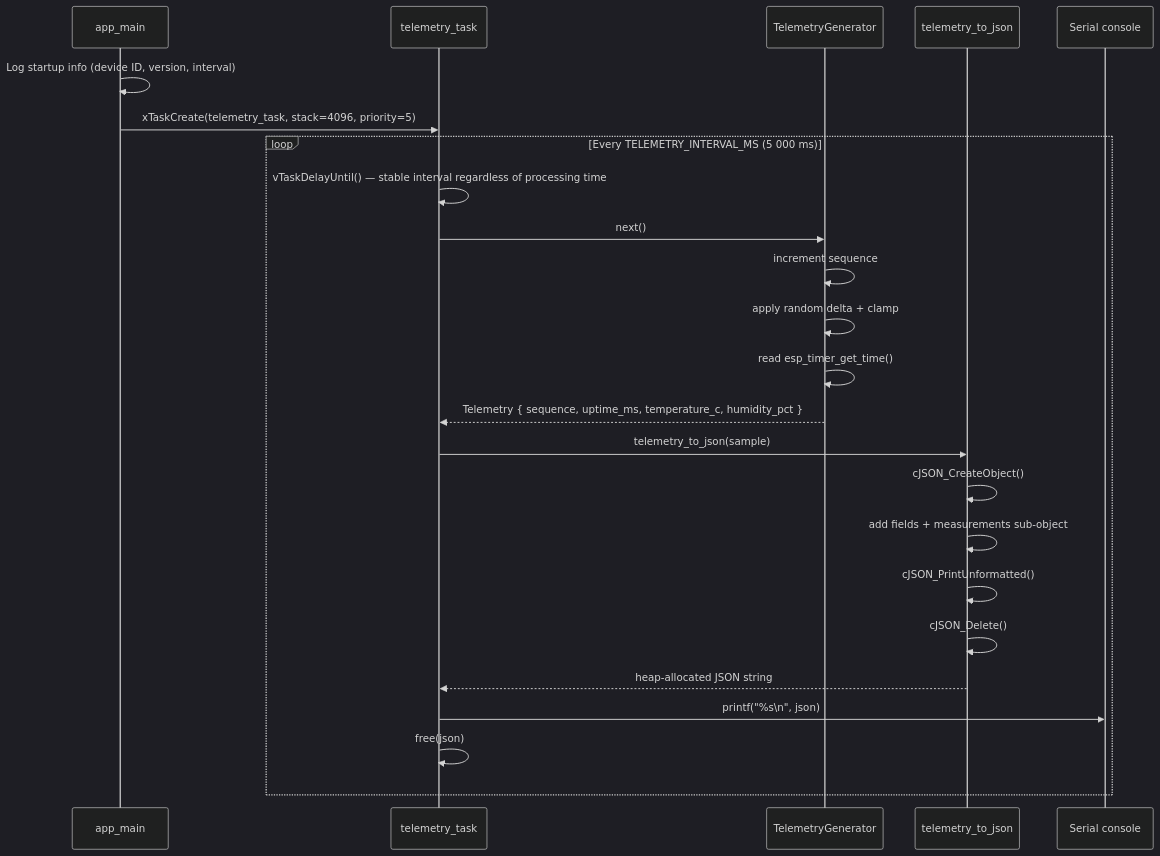
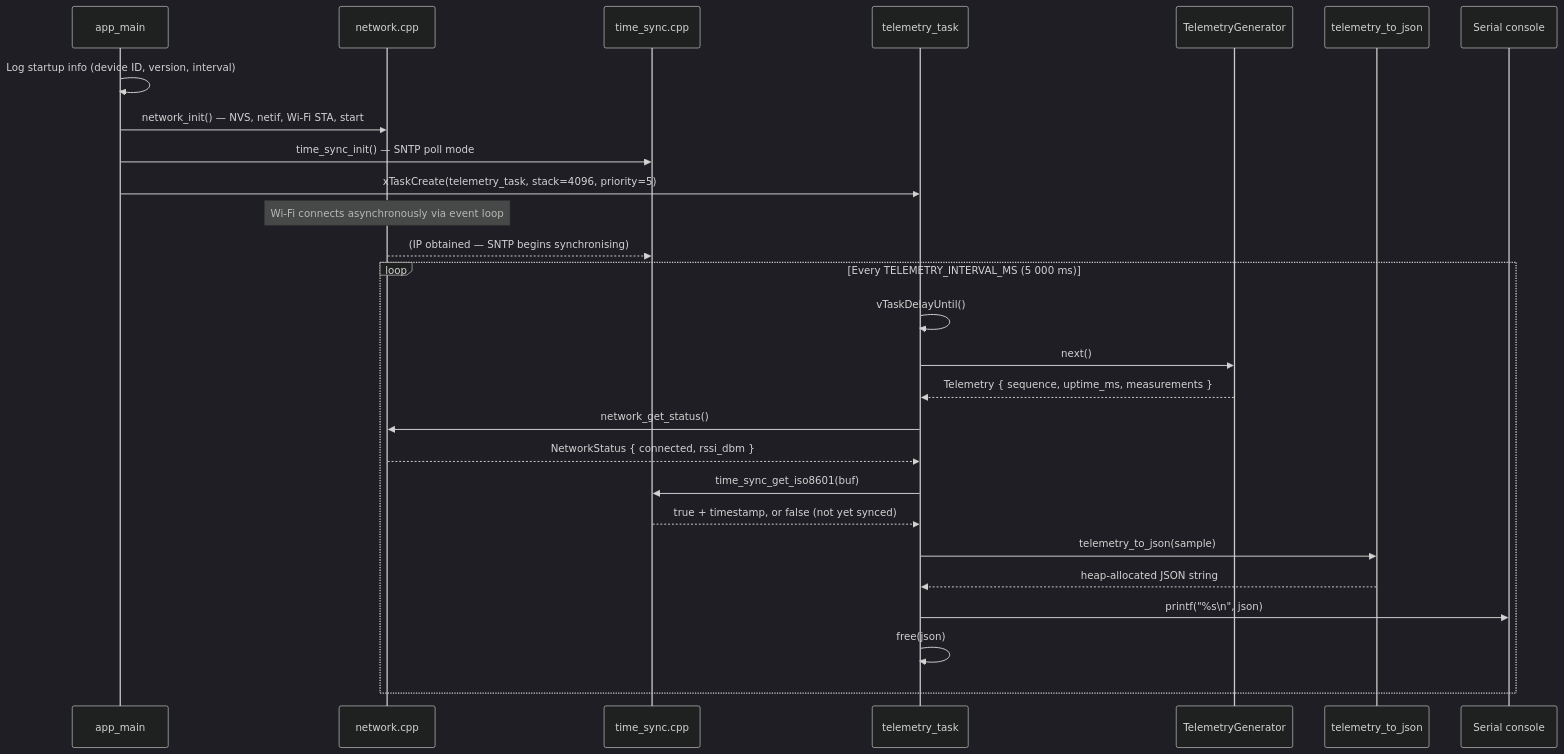
Before and after one commit to IoTEdgeConnect/firmware: the second of 4 diagrams in docs/architecture.md, drawn with Mermaid (dark theme). The commit also changed other lines of this file and 1 other file, not shown here.

Commit message:
docs: update architecture and roadmap for Phase 2 completion

````diff
--- a/docs/architecture.md
+++ b/docs/architecture.md
@@ -112,28 +136,32 @@
 ```mermaid
 sequenceDiagram
     participant M as app_main
+    participant N as network.cpp
+    participant TS as time_sync.cpp
     participant T as telemetry_task
     participant G as TelemetryGenerator
     participant S as telemetry_to_json
     participant C as Serial console
 
     M->>M: Log startup info (device ID, version, interval)
+    M->>N: network_init() — NVS, netif, Wi-Fi STA, start
+    M->>TS: time_sync_init() — SNTP poll mode
     M->>T: xTaskCreate(telemetry_task, stack=4096, priority=5)
 
+    Note over N: Wi-Fi connects asynchronously via event loop
+    N-->>TS: (IP obtained — SNTP begins synchronising)
+
     loop Every TELEMETRY_INTERVAL_MS (5 000 ms)
-        T->>T: vTaskDelayUntil() — stable interval regardless of processing time
+        T->>T: vTaskDelayUntil()
         T->>G: next()
-        G->>G: increment sequence
-        G->>G: apply random delta + clamp
-        G->>G: read esp_timer_get_time()
-        G-->>T: Telemetry { sequence, uptime_ms, temperature_c, humidity_pct }
+        G-->>T: Telemetry { sequence, uptime_ms, measurements }
+        T->>N: network_get_status()
+        N-->>T: NetworkStatus { connected, rssi_dbm }
+        T->>TS: time_sync_get_iso8601(buf)
+        TS-->>T: true + timestamp, or false (not yet synced)
         T->>S: telemetry_to_json(sample)
-        S->>S: cJSON_CreateObject()
-        S->>S: add fields + measurements sub-object
-        S->>S: cJSON_PrintUnformatted()
-        S->>S: cJSON_Delete()
         S-->>T: heap-allocated JSON string
         T->>C: printf("%s\n", json)
         T->>T: free(json)
     end
 ```
````
